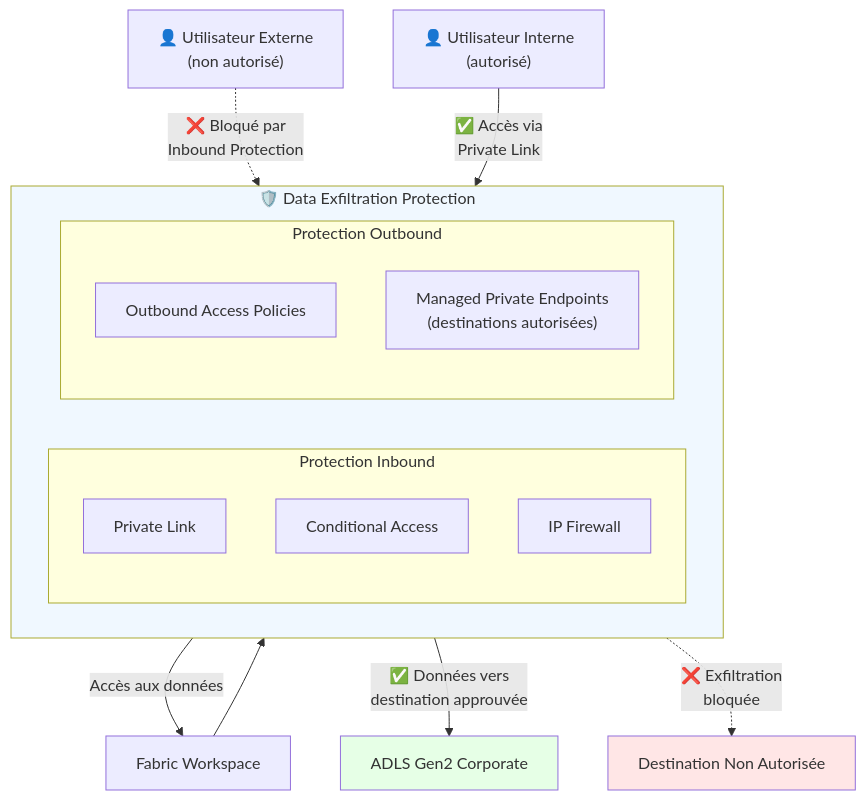
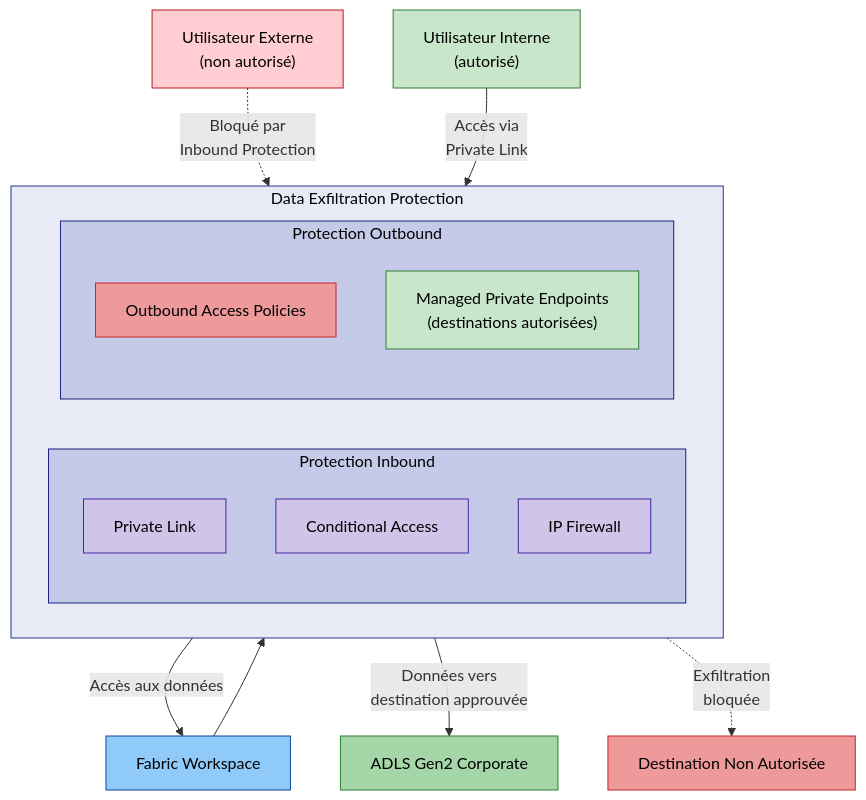
One commit to fredgis/fabric-foundry-kb changed diagram 11 of 12 in Fabric_Network_Security.md. Above: the diagram before and after it, drawn with Mermaid. The commit also changed other lines of this file and 1 other file, not shown here.

First line of the commit message:
Add colors to all 12 Mermaid diagrams in Fabric Network Security

````diff
--- a/Fabric_Network_Security.md
+++ b/Fabric_Network_Security.md
@@ -529,26 +632,36 @@
 ```mermaid
 flowchart TB
-    subgraph DEP["🛡️ Data Exfiltration Protection"]
+    subgraph DEP["Data Exfiltration Protection"]
         direction LR
         subgraph InP["Protection Inbound"]
             PL1["Private Link"]
             CA1["Conditional Access"]
             IPF["IP Firewall"]
         end
         subgraph OutP["Protection Outbound"]
             OAP["Outbound Access Policies"]
             MPE["Managed Private Endpoints\n(destinations autorisées)"]
         end
     end
 
-    ExtUser["👤 Utilisateur Externe\n(non autorisé)"] -.->|"❌ Bloqué par\nInbound Protection"| InP
-    IntUser["👤 Utilisateur Interne\n(autorisé)"] -->|"✅ Accès via\nPrivate Link"| InP
+    ExtUser["Utilisateur Externe\n(non autorisé)"] -.->|"Bloqué par\nInbound Protection"| InP
+    IntUser["Utilisateur Interne\n(autorisé)"] -->|"Accès via\nPrivate Link"| InP
     InP -->|Accès aux données| Fabric["Fabric Workspace"]
     Fabric --> OutP
-    OutP -->|"✅ Données vers\ndestination approuvée"| Corp["ADLS Gen2 Corporate"]
-    OutP -.->|"❌ Exfiltration\nbloquée"| Ext["Destination Non Autorisée"]
+    OutP -->|"Données vers\ndestination approuvée"| Corp["ADLS Gen2 Corporate"]
+    OutP -.->|"Exfiltration\nbloquée"| Ext["Destination Non Autorisée"]
 
-    style DEP fill:#f0f8ff
-    style Corp fill:#e6ffe6
-    style Ext fill:#ffe6e6
+    style DEP fill:#e8eaf6,stroke:#283593,color:#000
+    style InP fill:#c5cae9,stroke:#1a237e,color:#000
+    style OutP fill:#c5cae9,stroke:#1a237e,color:#000
+    style PL1 fill:#d1c4e9,stroke:#4527a0,color:#000
+    style CA1 fill:#d1c4e9,stroke:#4527a0,color:#000
+    style IPF fill:#d1c4e9,stroke:#4527a0,color:#000
+    style OAP fill:#ef9a9a,stroke:#c62828,color:#000
+    style MPE fill:#c8e6c9,stroke:#2e7d32,color:#000
+    style ExtUser fill:#ffcdd2,stroke:#b71c1c,color:#000
+    style IntUser fill:#c8e6c9,stroke:#2e7d32,color:#000
+    style Fabric fill:#90caf9,stroke:#0d47a1,color:#000
+    style Corp fill:#a5d6a7,stroke:#2e7d32,color:#000
+    style Ext fill:#ef9a9a,stroke:#c62828,color:#000
 ```
````
